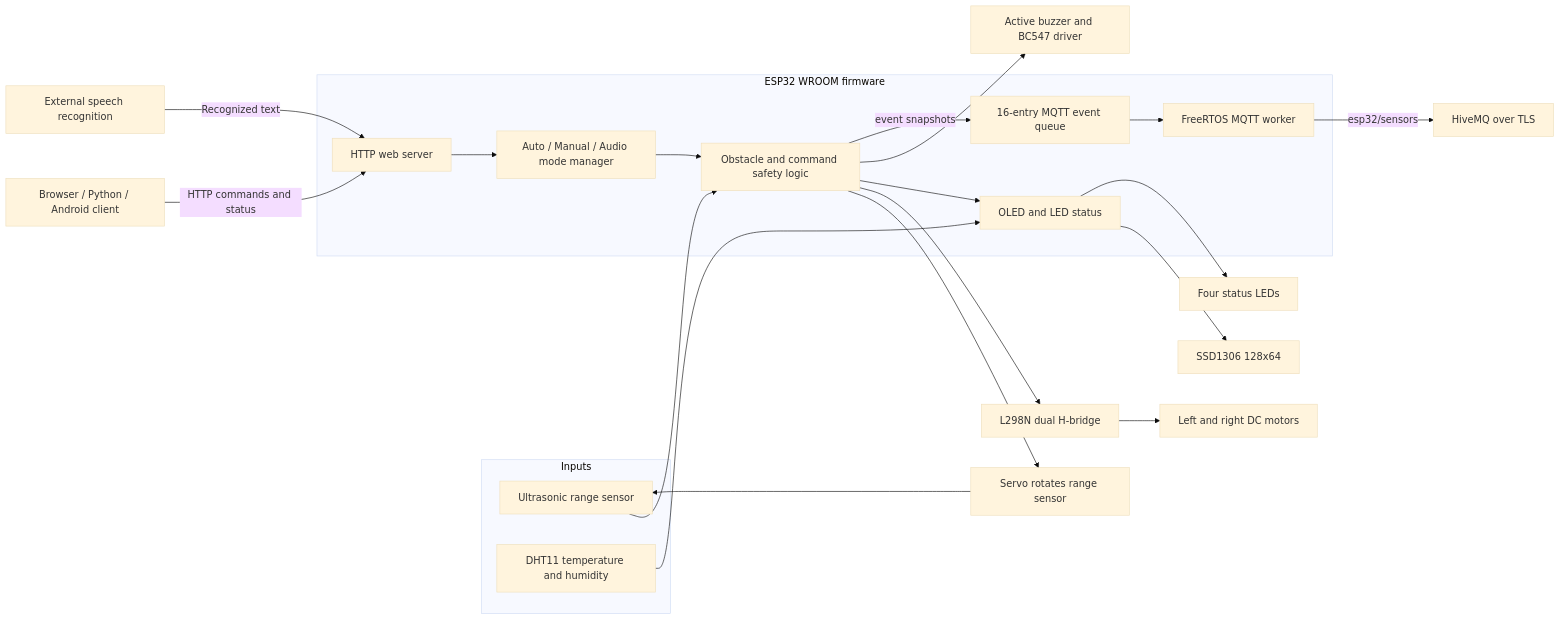
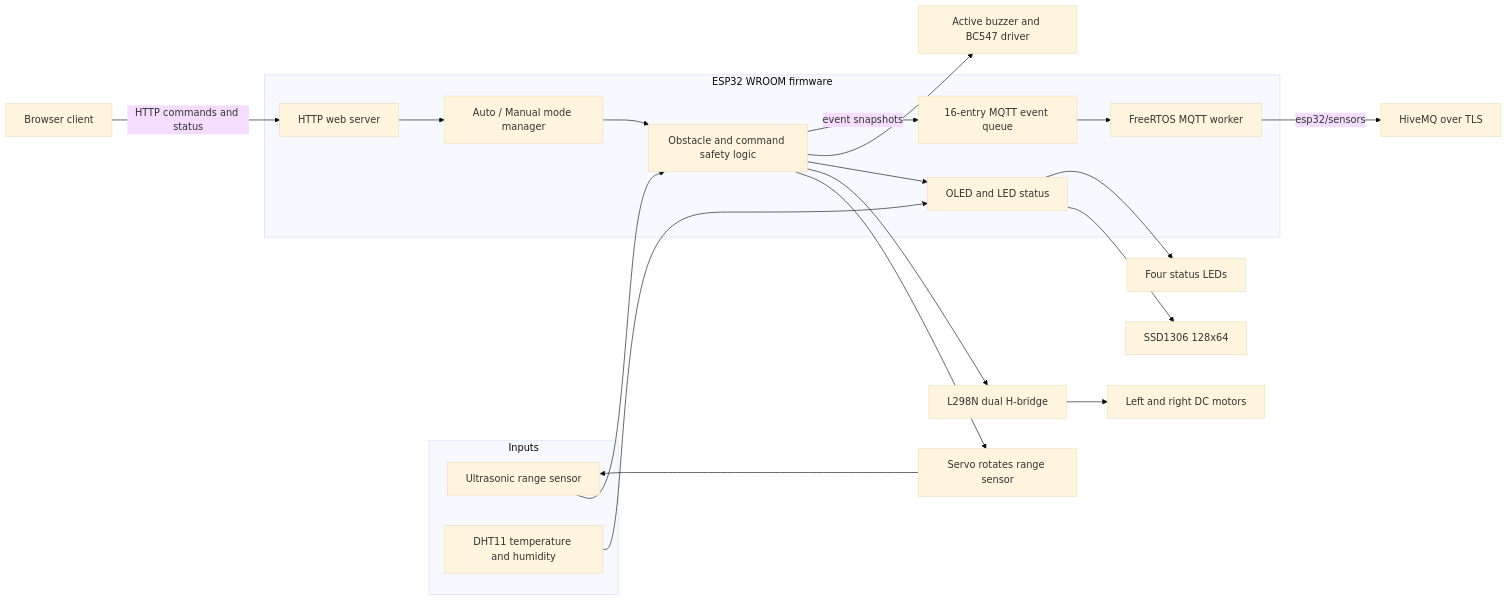
One commit to amish0/swarm_boat changed the first of 3 diagrams in docs/architecture.md. Above: the diagram before and after it, drawn with Mermaid (base theme). The commit also changed other lines of this file and 18 other files, not shown here.

````diff
--- a/docs/architecture.md
+++ b/docs/architecture.md
@@ -7,37 +7,35 @@
 ```mermaid
 flowchart LR
   subgraph Sensors[Inputs]
     US[Ultrasonic range sensor]
     DHT[DHT11 temperature and humidity]
   end
 
   subgraph ESP32[ESP32 WROOM firmware]
     Web[HTTP web server]
-    Modes[Auto / Manual / Audio mode manager]
+    Modes[Auto / Manual mode manager]
     Logic[Obstacle and command safety logic]
     Queue[16-entry MQTT event queue]
     Worker[FreeRTOS MQTT worker]
     Display[OLED and LED status]
   end
 
-  Laptop[Browser / Python / Android client]
-  Speech[External speech recognition]
+  Laptop[Browser client]
   Servo[Servo rotates range sensor]
   HBridge[L298N dual H-bridge]
   Motors[Left and right DC motors]
   OLED[SSD1306 128x64]
   LED[Four status LEDs]
   Broker[HiveMQ over TLS]
   Buzzer[Active buzzer and BC547 driver]
 
   Laptop -->|HTTP commands and status| Web
-  Speech -->|Recognized text| Web
   Web --> Modes --> Logic
   US --> Logic
   Logic --> Servo --> US
   Logic --> HBridge --> Motors
   DHT --> Display --> OLED
   Logic --> Display --> LED
   Logic --> Buzzer
   Logic -->|event snapshots| Queue --> Worker -->|esp32/sensors| Broker
 ```
````
